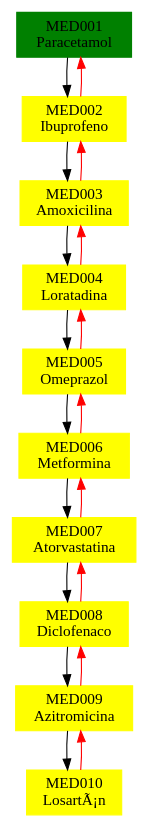
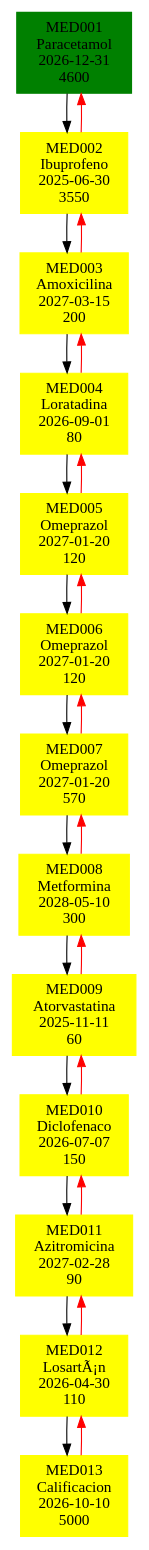
One commit to RONY36606/EDD_1S2026_PY_-202307793_FASE1-2-3 changed the diagram in graficos/lista.dot. Above: the diagram before and after it, drawn with Graphviz. The commit also changed 14 other files, not shown here.

```diff
--- a/graficos/lista.dot
+++ b/graficos/lista.dot
@@ -1,6 +1,6 @@
 digraph test {
 
-	graph [bb="0,0,88.75,734",
+	graph [bb="0,0,88.75,1394",
 
 		ratio=fill
 
@@ -12,11 +12,11 @@
 
 		fontcolor=black,
 
-		height=0.56944,
+		height=1.0278,
 
-		label="MED001\nParacetamol",
+		label="MED001\nParacetamol\n2026-12-31\n4600",
 
-		pos="44.375,713.5",
+		pos="44.375,1357",
 
 		shape=box,
 
@@ -28,33 +28,33 @@
 
 		fontcolor=black,
 
-		height=0.56944,
+		height=1.0278,
 
-		label="MED002\nIbuprofeno",
+		label="MED002\nIbuprofeno\n2025-06-30\n3550",
 
-		pos="44.375,636.5",
+		pos="44.375,1247",
 
 		shape=box,
 
 		style=filled,
 
-		width=1.0556];
+		width=1.0972];
 
-	MED001 -> MED002	[pos="e,38.34,657.33 38.352,692.79 37.703,685.45 37.489,676.91 37.708,668.78"];
+	MED001 -> MED002	[pos="e,37.956,1284.4 37.96,1319.7 37.657,1312 37.56,1303.7 37.667,1295.6"];
 
 	MED002 -> MED001	[color=red,
 
-		pos="e,50.398,692.79 50.41,657.33 51.053,664.7 51.262,673.24 51.038,681.36"];
+		pos="e,50.79,1319.7 50.794,1284.4 51.095,1292.1 51.191,1300.4 51.081,1308.5"];
 
 	MED003	[color=yellow,
 
 		fontcolor=black,
 
-		height=0.56944,
+		height=1.0278,
 
-		label="MED003\nAmoxicilina",
+		label="MED003\nAmoxicilina\n2027-03-15\n200",
 
-		pos="44.375,559.5",
+		pos="44.375,1137",
 
 		shape=box,
 
@@ -62,65 +62,109 @@
 
 		width=1.1701];
 
-	MED002 -> MED003	[pos="e,38.34,580.33 38.352,615.79 37.703,608.45 37.489,599.91 37.708,591.78"];
+	MED002 -> MED003	[pos="e,37.956,1174.4 37.96,1209.7 37.657,1202 37.56,1193.7 37.667,1185.6"];
 
 	MED003 -> MED002	[color=red,
 
-		pos="e,50.398,615.79 50.41,580.33 51.053,587.7 51.262,596.24 51.038,604.36"];
+		pos="e,50.79,1209.7 50.794,1174.4 51.095,1182.1 51.191,1190.4 51.081,1198.5"];
 
 	MED004	[color=yellow,
 
 		fontcolor=black,
 
-		height=0.56944,
+		height=1.0278,
 
-		label="MED004\nLoratadina",
+		label="MED004\nLoratadina\n2026-09-01\n80",
 
-		pos="44.375,482.5",
+		pos="44.375,1027",
 
 		shape=box,
 
 		style=filled,
 
-		width=1.0347];
+		width=1.0972];
 
-	MED003 -> MED004	[pos="e,38.34,503.33 38.352,538.79 37.703,531.45 37.489,522.91 37.708,514.78"];
+	MED003 -> MED004	[pos="e,37.956,1064.4 37.96,1099.7 37.657,1092 37.56,1083.7 37.667,1075.6"];
 
 	MED004 -> MED003	[color=red,
 
-		pos="e,50.398,538.79 50.41,503.33 51.053,510.7 51.262,519.24 51.038,527.36"];
+		pos="e,50.79,1099.7 50.794,1064.4 51.095,1072.1 51.191,1080.4 51.081,1088.5"];
 
 	MED005	[color=yellow,
 
 		fontcolor=black,
 
-		height=0.56944,
+		height=1.0278,
 
-		label="MED005\nOmeprazol",
+		label="MED005\nOmeprazol\n2027-01-20\n120",
 
-		pos="44.375,405.5",
+		pos="44.375,917",
 
 		shape=box,
 
 		style=filled,
 
-		width=1.066];
+		width=1.0972];
 
-	MED004 -> MED005	[pos="e,38.34,426.33 38.352,461.79 37.703,454.45 37.489,445.91 37.708,437.78"];
+	MED004 -> MED005	[pos="e,37.956,954.35 37.96,989.74 37.657,981.99 37.56,973.7 37.667,965.6"];
 
 	MED005 -> MED004	[color=red,
 
-		pos="e,50.398,461.79 50.41,426.33 51.053,433.7 51.262,442.24 51.038,450.36"];
+		pos="e,50.79,989.74 50.794,954.35 51.095,962.1 51.191,970.4 51.081,978.5"];
 
 	MED006	[color=yellow,
 
 		fontcolor=black,
 
-		height=0.56944,
+		height=1.0278,
 
-		label="MED006\nMetformina",
+		label="MED006\nOmeprazol\n2027-01-20\n120",
 
-		pos="44.375,328.5",
+		pos="44.375,807",
+
+		shape=box,
+
+		style=filled,
+
+		width=1.0972];
+
+	MED005 -> MED006	[pos="e,37.956,844.35 37.96,879.74 37.657,871.99 37.56,863.7 37.667,855.6"];
+
+	MED006 -> MED005	[color=red,
+
+		pos="e,50.79,879.74 50.794,844.35 51.095,852.1 51.191,860.4 51.081,868.5"];
+
+	MED007	[color=yellow,
+
+		fontcolor=black,
+
+		height=1.0278,
+
+		label="MED007\nOmeprazol\n2027-01-20\n570",
+
+		pos="44.375,697",
+
+		shape=box,
+
+		style=filled,
+
+		width=1.0972];
+
+	MED006 -> MED007	[pos="e,37.956,734.35 37.96,769.74 37.657,761.99 37.56,753.7 37.667,745.6"];
+
+	MED007 -> MED006	[color=red,
+
+		pos="e,50.79,769.74 50.794,734.35 51.095,742.1 51.191,750.4 51.081,758.5"];
+
+	MED008	[color=yellow,
+
+		fontcolor=black,
+
+		height=1.0278,
+
+		label="MED008\nMetformina\n2028-05-10\n300",
+
+		pos="44.375,587",
 
 		shape=box,
 
@@ -128,21 +172,21 @@
 
 		width=1.1389];
 
-	MED005 -> MED006	[pos="e,38.34,349.33 38.352,384.79 37.703,377.45 37.489,368.91 37.708,360.78"];
+	MED007 -> MED008	[pos="e,37.956,624.35 37.96,659.74 37.657,651.99 37.56,643.7 37.667,635.6"];
 
-	MED006 -> MED005	[color=red,
+	MED008 -> MED007	[color=red,
 
-		pos="e,50.398,384.79 50.41,349.33 51.053,356.7 51.262,365.24 51.038,373.36"];
+		pos="e,50.79,659.74 50.794,624.35 51.095,632.1 51.191,640.4 51.081,648.5"];
 
-	MED007	[color=yellow,
+	MED009	[color=yellow,
 
 		fontcolor=black,
 
-		height=0.56944,
+		height=1.0278,
 
-		label="MED007\nAtorvastatina",
+		label="MED009\nAtorvastatina\n2025-11-11\n60",
 
-		pos="44.375,251.5",
+		pos="44.375,477",
 
 		shape=box,
 
@@ -150,21 +194,21 @@
 
 		width=1.2326];
 
-	MED006 -> MED007	[pos="e,38.34,272.33 38.352,307.79 37.703,300.45 37.489,291.91 37.708,283.78"];
+	MED008 -> MED009	[pos="e,37.956,514.35 37.96,549.74 37.657,541.99 37.56,533.7 37.667,525.6"];
 
-	MED007 -> MED006	[color=red,
+	MED009 -> MED008	[color=red,
 
-		pos="e,50.398,307.79 50.41,272.33 51.053,279.7 51.262,288.24 51.038,296.36"];
+		pos="e,50.79,549.74 50.794,514.35 51.095,522.1 51.191,530.4 51.081,538.5"];
 
-	MED008	[color=yellow,
+	MED010	[color=yellow,
 
 		fontcolor=black,
 
-		height=0.56944,
+		height=1.0278,
 
-		label="MED008\nDiclofenaco",
+		label="MED010\nDiclofenaco\n2026-07-07\n150",
 
-		pos="44.375,174.5",
+		pos="44.375,367",
 
 		shape=box,
 
@@ -172,21 +216,21 @@
 
 		width=1.1389];
 
-	MED007 -> MED008	[pos="e,38.34,195.33 38.352,230.79 37.703,223.45 37.489,214.91 37.708,206.78"];
+	MED009 -> MED010	[pos="e,37.956,404.35 37.96,439.74 37.657,431.99 37.56,423.7 37.667,415.6"];
 
-	MED008 -> MED007	[color=red,
+	MED010 -> MED009	[color=red,
 
-		pos="e,50.398,230.79 50.41,195.33 51.053,202.7 51.262,211.24 51.038,219.36"];
+		pos="e,50.79,439.74 50.794,404.35 51.095,412.1 51.191,420.4 51.081,428.5"];
 
-	MED009	[color=yellow,
+	MED011	[color=yellow,
 
 		fontcolor=black,
 
-		height=0.56944,
+		height=1.0278,
 
-		label="MED009\nAzitromicina",
+		label="MED011\nAzitromicina\n2027-02-28\n90",
 
-		pos="44.375,97.5",
+		pos="44.375,257",
 
 		shape=box,
 
@@ -194,32 +238,54 @@
 
 		width=1.2222];
 
-	MED008 -> MED009	[pos="e,38.34,118.33 38.352,153.79 37.703,146.45 37.489,137.91 37.708,129.78"];
+	MED010 -> MED011	[pos="e,37.956,294.35 37.96,329.74 37.657,321.99 37.56,313.7 37.667,305.6"];
 
-	MED009 -> MED008	[color=red,
+	MED011 -> MED010	[color=red,
 
-		pos="e,50.398,153.79 50.41,118.33 51.053,125.7 51.262,134.24 51.038,142.36"];
+		pos="e,50.79,329.74 50.794,294.35 51.095,302.1 51.191,310.4 51.081,318.5"];
 
-	MED010	[color=yellow,
+	MED012	[color=yellow,
 
 		fontcolor=black,
 
-		height=0.56944,
+		height=1.0278,
 
-		label="MED010\nLosartÃ¡n",
+		label="MED012\nLosartÃ¡n\n2026-04-30\n110",
 
-		pos="44.375,20.5",
+		pos="44.375,147",
 
 		shape=box,
 
 		style=filled,
 
-		width=0.93056];
+		width=1.0972];
 
-	MED009 -> MED010	[pos="e,38.34,41.334 38.352,76.795 37.703,69.446 37.489,60.911 37.708,52.778"];
+	MED011 -> MED012	[pos="e,37.956,184.35 37.96,219.74 37.657,211.99 37.56,203.7 37.667,195.6"];
 
-	MED010 -> MED009	[color=red,
+	MED012 -> MED011	[color=red,
 
-		pos="e,50.398,76.795 50.41,41.334 51.053,48.696 51.262,57.236 51.038,65.364"];
+		pos="e,50.79,219.74 50.794,184.35 51.095,192.1 51.191,200.4 51.081,208.5"];
+
+	MED013	[color=yellow,
+
+		fontcolor=black,
+
+		height=1.0278,
+
+		label="MED013\nCalificacion\n2026-10-10\n5000",
+
+		pos="44.375,37",
+
+		shape=box,
+
+		style=filled,
+
+		width=1.1389];
+
+	MED012 -> MED013	[pos="e,37.956,74.351 37.96,109.74 37.657,101.99 37.56,93.695 37.667,85.595"];
+
+	MED013 -> MED012	[color=red,
+
+		pos="e,50.79,109.74 50.794,74.351 51.095,82.102 51.191,90.399 51.081,98.497"];
 
 }
```
